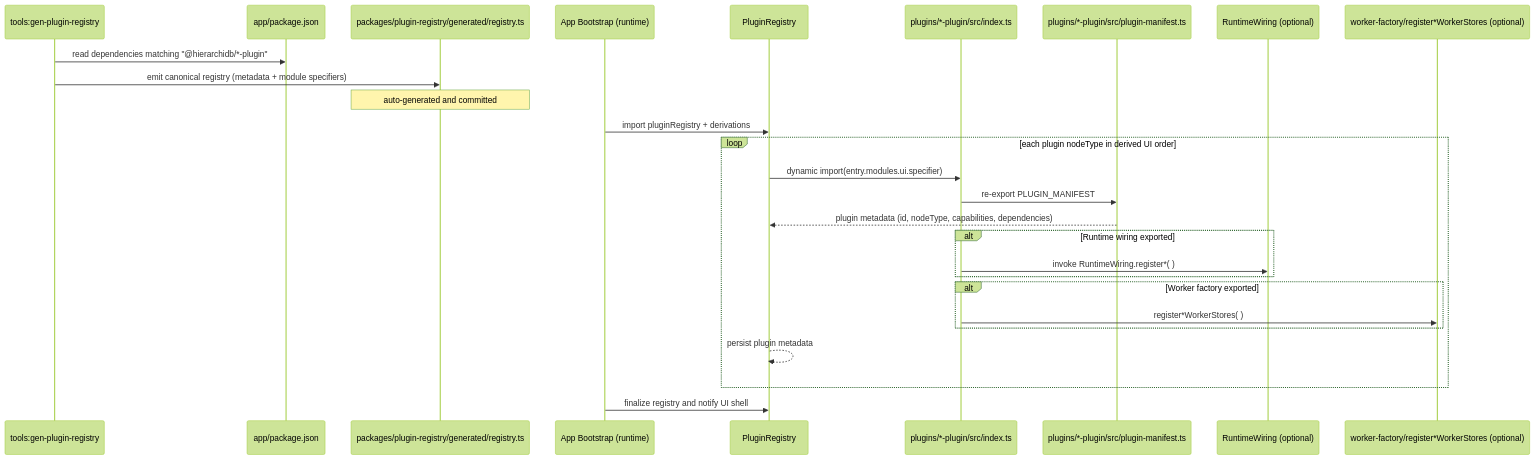
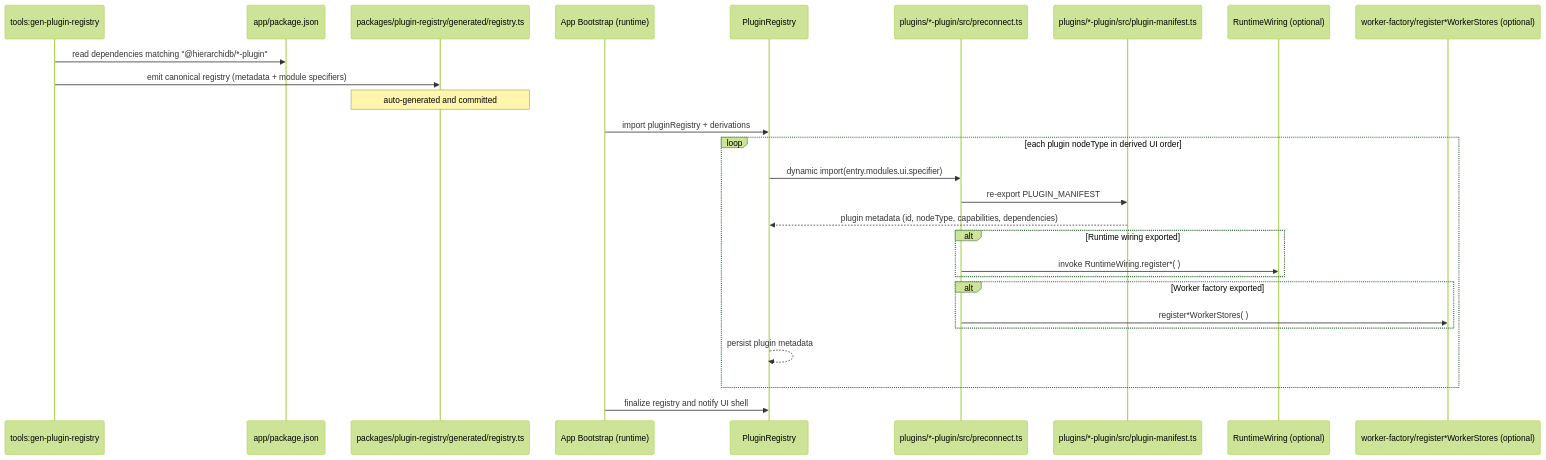
The diagram in docs/data-plugin-flow-1.md (kubohiroya/hierarchidb), drawn with Mermaid (forest theme) before and after one commit. The commit also changed 64 other files, not shown here.

````diff
--- a/docs/data-plugin-flow-1.md
+++ b/docs/data-plugin-flow-1.md
@@ -3,31 +3,31 @@
 ```mermaid
 sequenceDiagram
     participant Build as tools:gen-plugin-registry
     participant AppPkg as app/package.json
     participant RegistryFile as packages/plugin-registry/generated/registry.ts
     participant Host as App Bootstrap (runtime)
     participant Registry as PluginRegistry
-    participant PluginPkg as plugins/*-plugin/src/index.ts
+    participant PluginPkg as plugins/*-plugin/src/preconnect.ts
     participant Manifest as plugins/*-plugin/src/plugin-manifest.ts
     participant Runtime as RuntimeWiring (optional)
     participant WorkerFactory as worker-factory/register*WorkerStores (optional)
 
     Build->>AppPkg: read dependencies matching "@hierarchidb/*-plugin"
     Build->>RegistryFile: emit canonical registry (metadata + module specifiers)
     Note over RegistryFile: auto-generated and committed
 
     Host->>Registry: import pluginRegistry + derivations
     loop each plugin nodeType in derived UI order
         Registry->>PluginPkg: dynamic import(entry.modules.ui.specifier)
         PluginPkg->>Manifest: re-export PLUGIN_MANIFEST
         Manifest-->>Registry: plugin metadata (id, nodeType, capabilities, dependencies)
         alt Runtime wiring exported
             PluginPkg->>Runtime: invoke RuntimeWiring.register*( )
         end
         alt Worker factory exported
             PluginPkg->>WorkerFactory: register*WorkerStores( )
         end
         Registry-->>Registry: persist plugin metadata
     end
     Host->>Registry: finalize registry and notify UI shell
 ```
````
